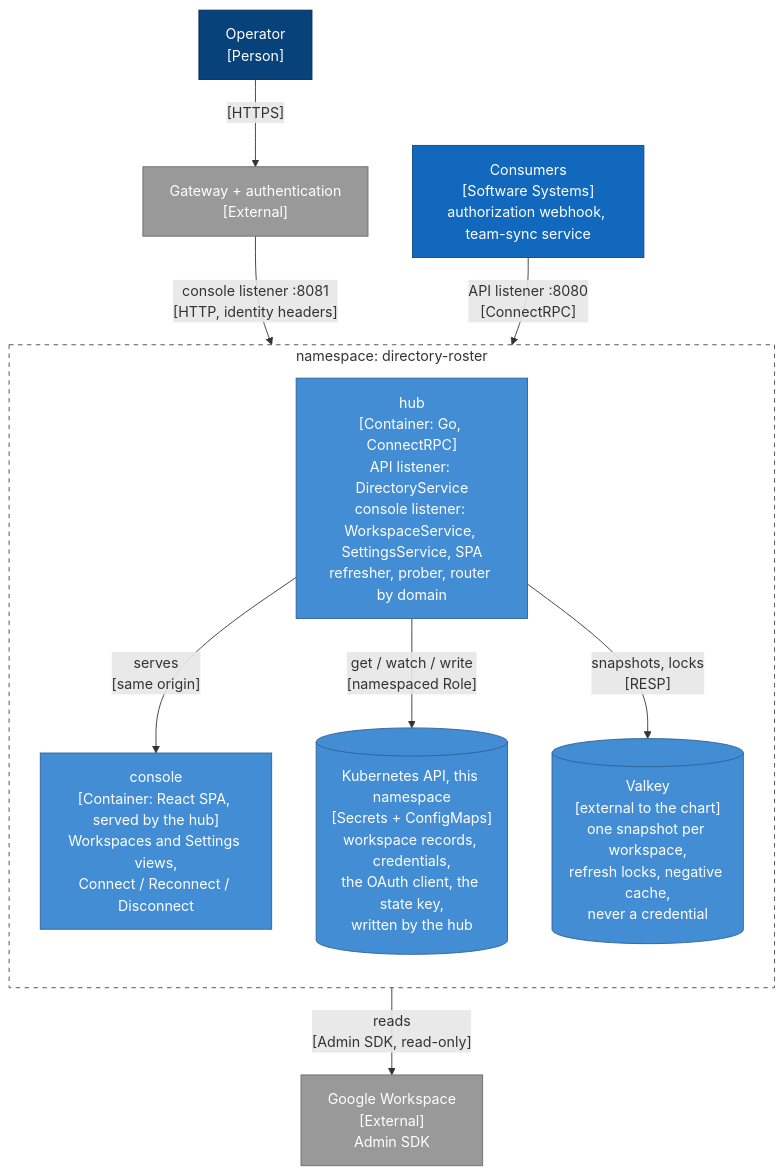
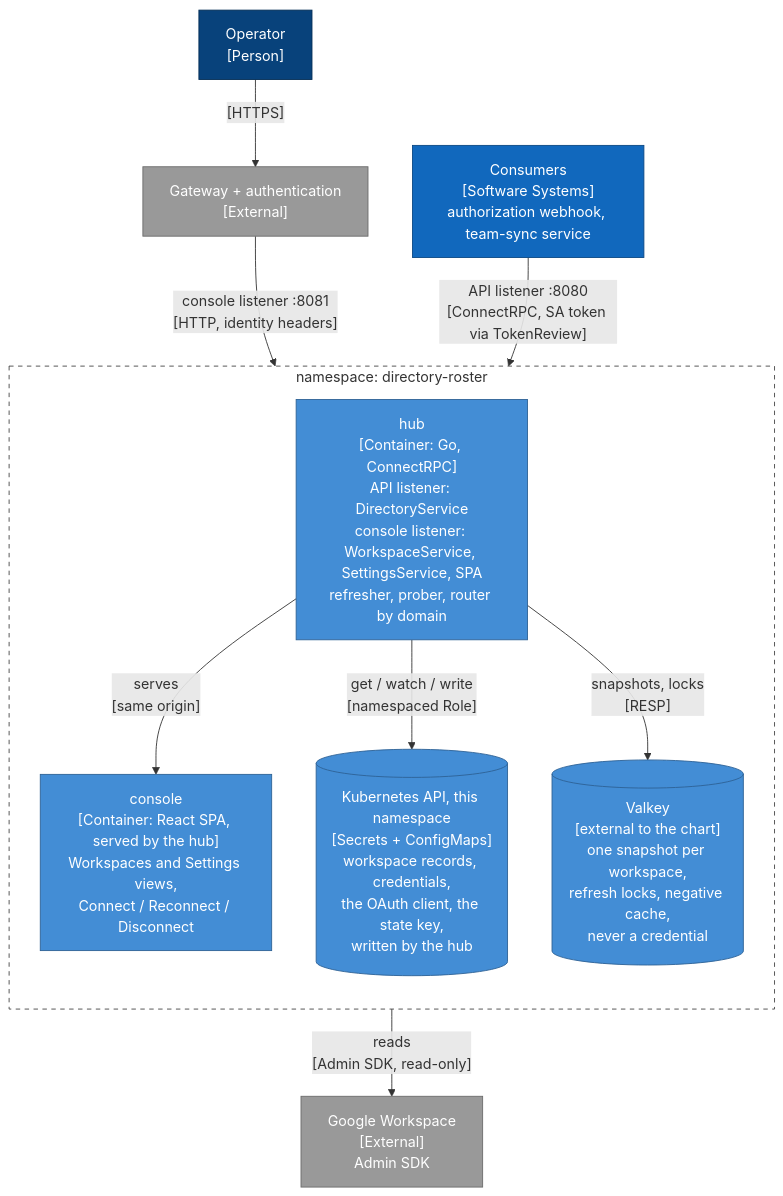
One commit to truvity/access-roster changed the second of 6 diagrams in docs/architecture/hub.md. Above: the diagram before and after it, drawn with Mermaid. The commit also changed other lines of this file and 30 other files, not shown here.

First line of the commit message:
feat!: access-roster — combined scope, access to the hub, the token service design

````diff
--- a/docs/architecture/hub.md
+++ b/docs/architecture/hub.md
@@ -49,31 +49,31 @@
 ```mermaid
 flowchart TB
   operator["Operator<br/>[Person]"]:::person
   gateway["Gateway + authentication<br/>[External]"]:::ext
   consumers["Consumers<br/>[Software Systems]<br/>authorization webhook, team-sync service"]:::system
   google["Google Workspace<br/>[External]<br/>Admin SDK"]:::ext
 
   subgraph ns["namespace: directory-roster"]
     direction TB
     hub["hub<br/>[Container: Go, ConnectRPC]<br/>API listener: DirectoryService<br/>console listener: WorkspaceService, SettingsService, SPA<br/>refresher, prober, router by domain"]:::container
     spa["console<br/>[Container: React SPA, served by the hub]<br/>Workspaces and Settings views,<br/>Connect / Reconnect / Disconnect"]:::container
     k8s[("Kubernetes API, this namespace<br/>[Secrets + ConfigMaps]<br/>workspace records, credentials,<br/>the OAuth client, the state key,<br/>written by the hub")]:::store
     valkey[("Valkey<br/>[external to the chart]<br/>one snapshot per workspace,<br/>refresh locks, negative cache,<br/>never a credential")]:::store
   end
 
   operator -- "[HTTPS]" --> gateway
   gateway -- "console listener :8081<br/>[HTTP, identity headers]" --> hub
-  consumers -- "API listener :8080<br/>[ConnectRPC]" --> hub
+  consumers -- "API listener :8080<br/>[ConnectRPC, SA token via TokenReview]" --> hub
   hub -- "serves<br/>[same origin]" --> spa
   hub -- "get / watch / write<br/>[namespaced Role]" --> k8s
   hub -- "snapshots, locks<br/>[RESP]" --> valkey
   hub -- "reads<br/>[Admin SDK, read-only]" --> google
 
   classDef person fill:#08427b,stroke:#052e56,color:#fff
   classDef system fill:#1168bd,stroke:#0b4884,color:#fff
   classDef ext fill:#999999,stroke:#6b6b6b,color:#fff
   classDef container fill:#438dd5,stroke:#2e6295,color:#fff
   classDef component fill:#85bbf0,stroke:#5d82a8,color:#000
   classDef store fill:#438dd5,stroke:#2e6295,color:#fff
   style ns fill:none,stroke:#444,stroke-dasharray:5 5
 ```
````
